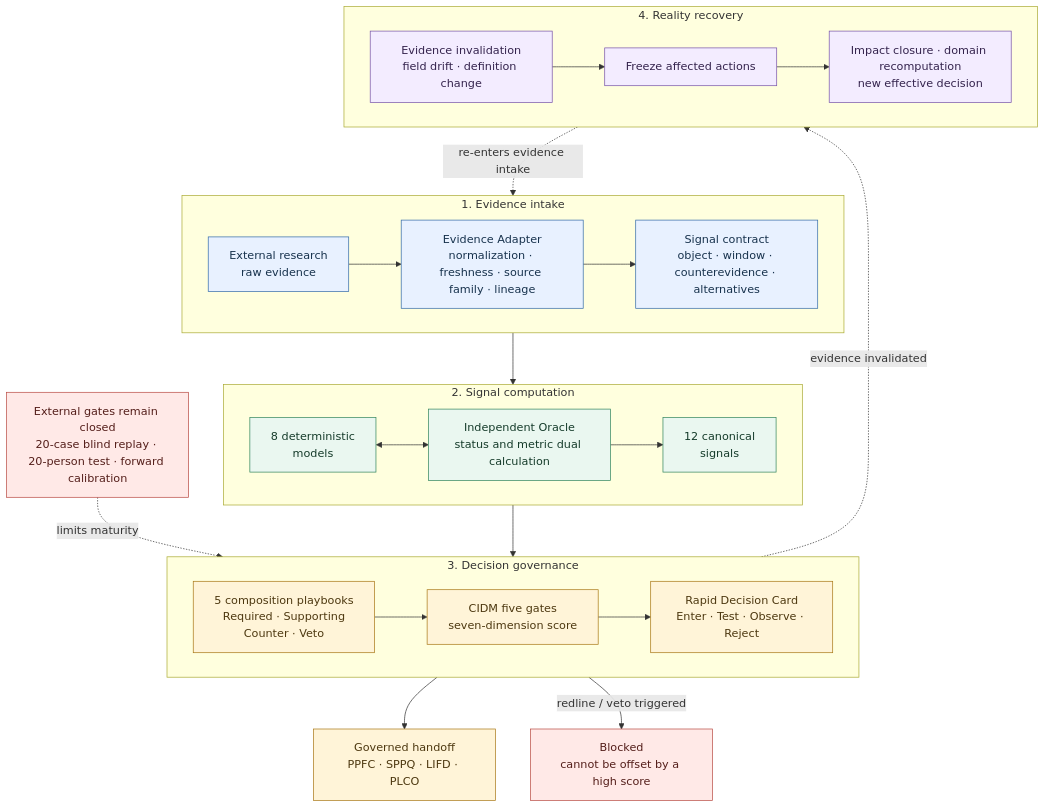
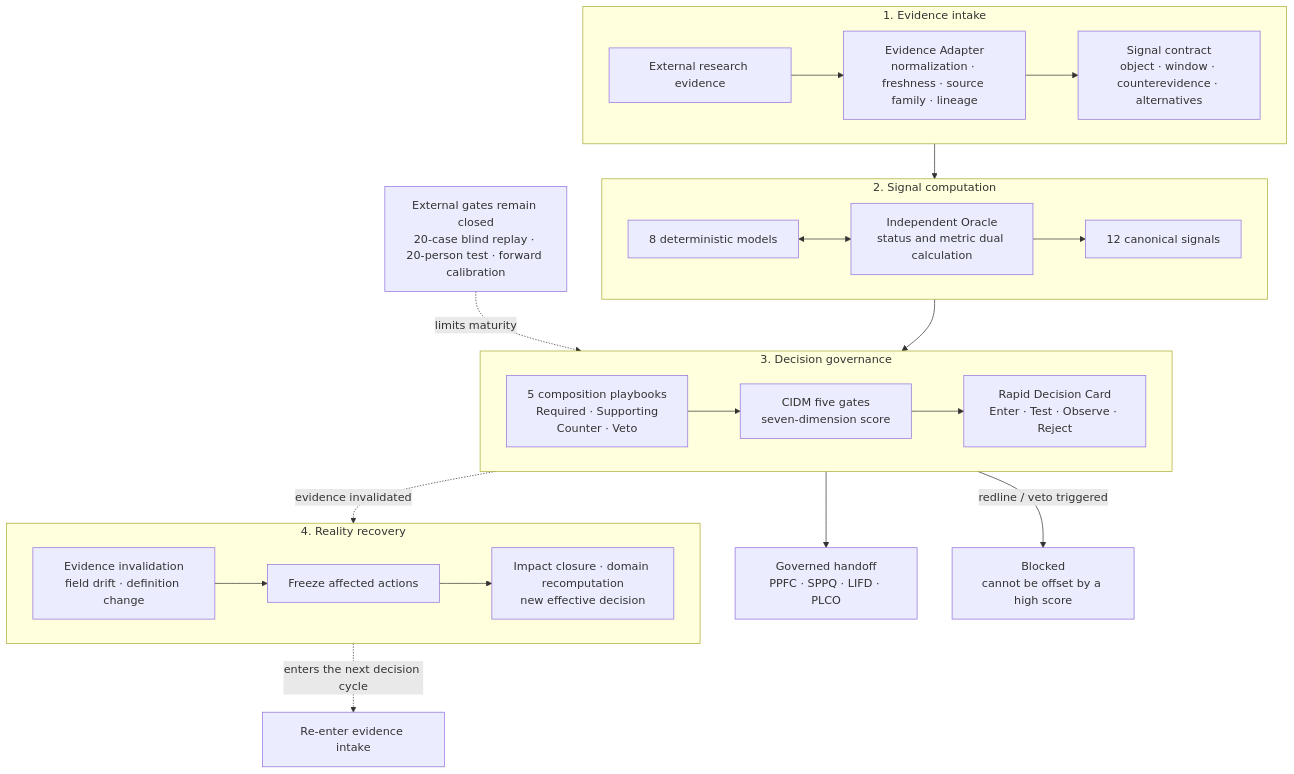
Before and after one commit to saye-chen/CrossBorder-Decision-Lab: the first of 3 diagrams in README.en.md, drawn with Mermaid. The commit also changed other lines of this file and 2 other files, not shown here.

Commit message:
polish homepage capability architecture

````diff
--- a/README.en.md
+++ b/README.en.md
@@ -17,40 +17,30 @@
 ```mermaid
 flowchart TB
     subgraph IN["1. Evidence intake"]
       direction LR
-      RAW["External research<br/>raw evidence"] --> ADP["Evidence Adapter<br/>normalization · freshness · source family · lineage"]
+      RAW["External research evidence"] --> ADP["Evidence Adapter<br/>normalization · freshness · source family · lineage"]
       ADP --> CON["Signal contract<br/>object · window · counterevidence · alternatives"]
     end
     subgraph CORE["2. Signal computation"]
       direction LR
-      MOD["8 deterministic<br/>models"] <--> ORA["Independent Oracle<br/>status and metric dual calculation"]
-      ORA --> SIG["12 canonical<br/>signals"]
+      MOD["8 deterministic models"] <--> ORA["Independent Oracle<br/>status and metric dual calculation"]
+      ORA --> SIG["12 canonical signals"]
     end
     subgraph DEC["3. Decision governance"]
       direction LR
       PLAY["5 composition playbooks<br/>Required · Supporting<br/>Counter · Veto"] --> GATE["CIDM five gates<br/>seven-dimension score"]
       GATE --> CARD["Rapid Decision Card<br/>Enter · Test · Observe · Reject"]
     end
     subgraph REC["4. Reality recovery"]
       direction LR
       DRIFT["Evidence invalidation<br/>field drift · definition change"] --> FREEZE["Freeze affected actions"]
       FREEZE --> RECOMPUTE["Impact closure · domain recomputation<br/>new effective decision"]
     end
     CON --> MOD
     SIG --> PLAY
     CARD --> HAND["Governed handoff<br/>PPFC · SPPQ · LIFD · PLCO"]
     GATE -->|redline / veto triggered| BLOCK["Blocked<br/>cannot be offset by a high score"]
     CARD -.evidence invalidated.-> DRIFT
-    RECOMPUTE -.re-enters evidence intake.-> RAW
+    RECOMPUTE -.enters the next decision cycle.-> REENTRY["Re-enter evidence intake"]
     EXT["External gates remain closed<br/>20-case blind replay · 20-person test · forward calibration"] -.limits maturity.-> CARD
-    classDef evidence fill:#e8f1ff,stroke:#3269a8,color:#17324d
-    classDef signal fill:#eaf7f0,stroke:#31845c,color:#153b2a
-    classDef decision fill:#fff4d8,stroke:#a87716,color:#4d3810
-    classDef recovery fill:#f3ecff,stroke:#7652a8,color:#34234d
-    classDef stop fill:#ffe9e7,stroke:#b84a42,color:#541e1a
-    class RAW,ADP,CON evidence
-    class MOD,ORA,SIG signal
-    class PLAY,GATE,CARD,HAND decision
-    class DRIFT,FREEZE,RECOMPUTE recovery
-    class BLOCK,EXT stop
 ```
````
